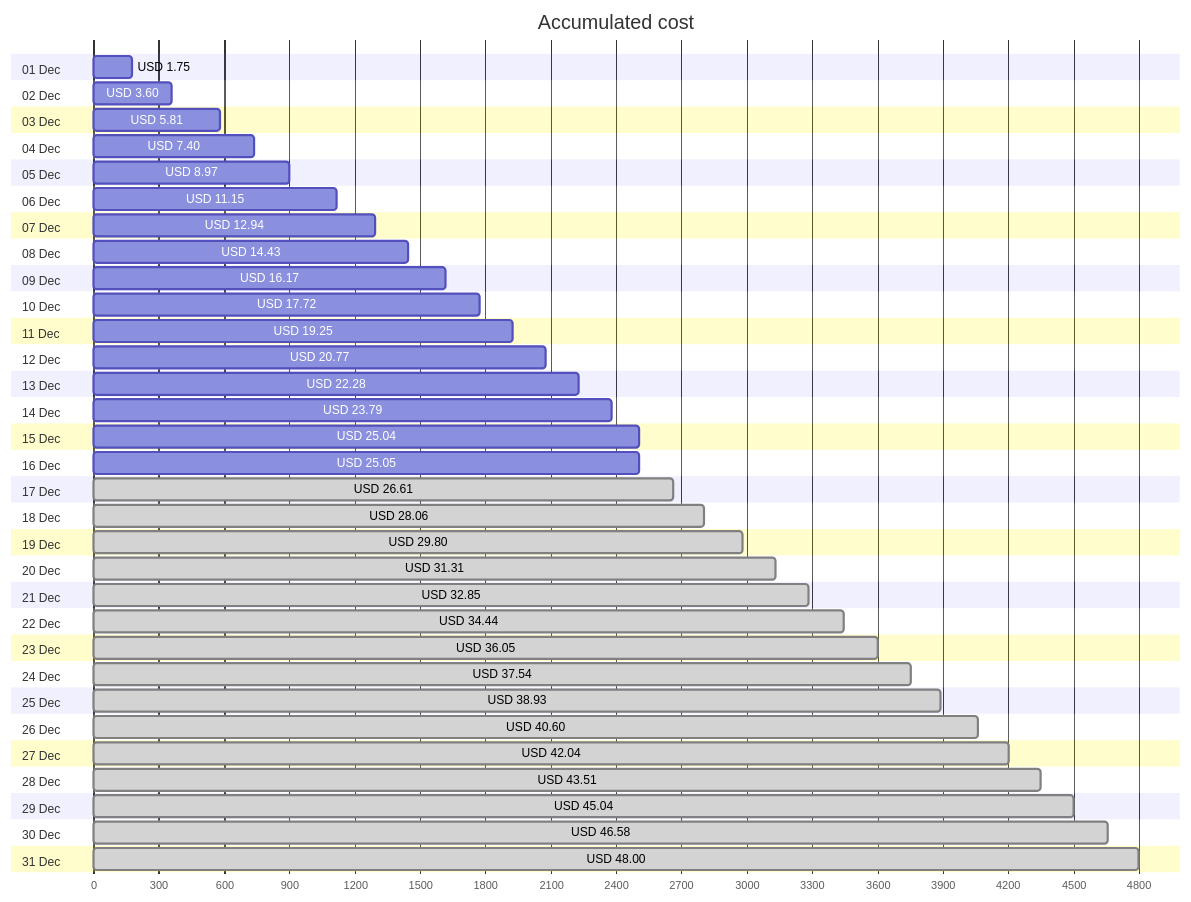
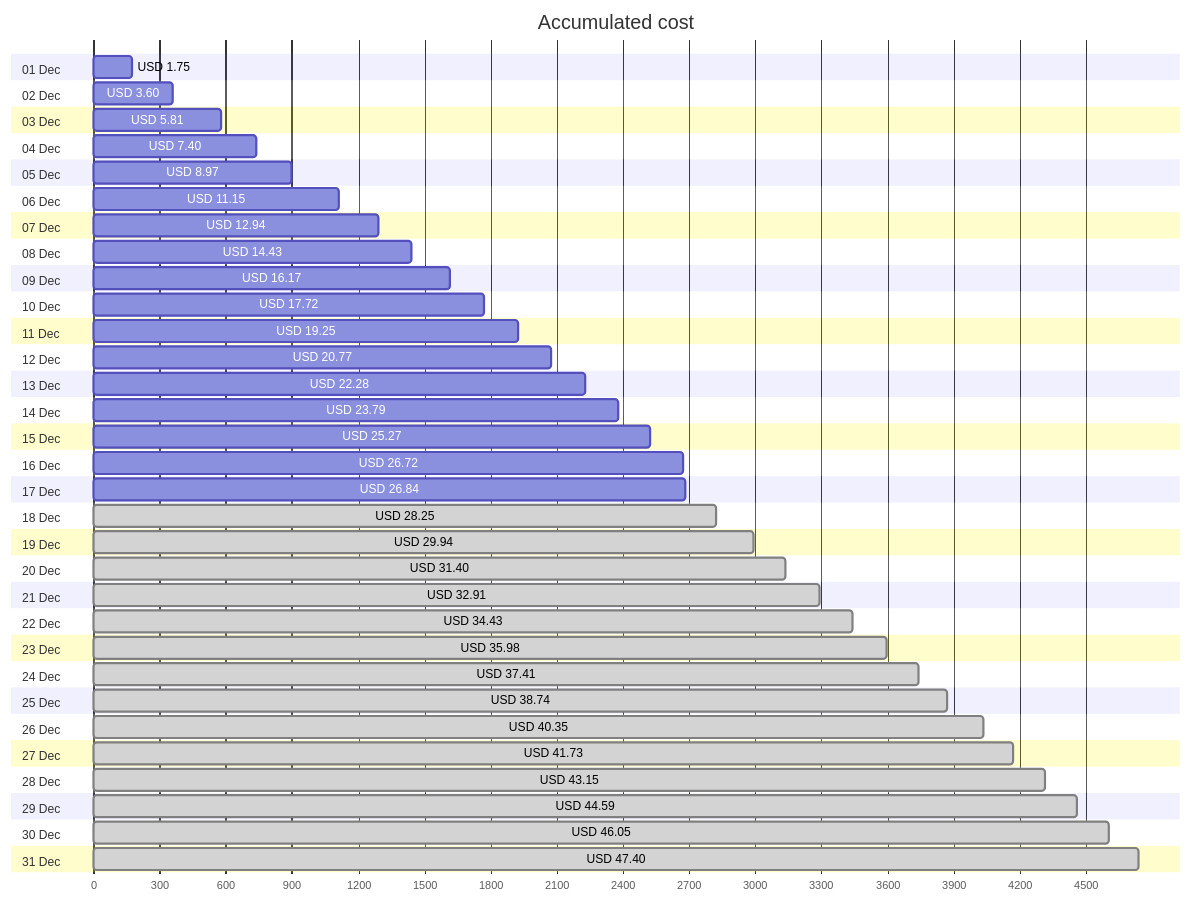
The first of 4 diagrams in cost-reports/personal-network/README.md (jpfulton/azure-personal-reports), drawn with Mermaid before and after one commit. The commit also changed other lines of this file and 8 other files, not shown here.

````diff
--- a/cost-reports/personal-network/README.md
+++ b/cost-reports/personal-network/README.md
@@ -20,68 +20,68 @@
 ```mermaid
 gantt
    title Accumulated cost
    dateFormat  X
    axisFormat %s
    section 01 Dec
    USD 1.75 :0, 175
    section 02 Dec
    USD 3.60 :0, 360
    section 03 Dec
    USD 5.81 :0, 581
    section 04 Dec
    USD 7.40 :0, 740
    section 05 Dec
    USD 8.97 :0, 897
    section 06 Dec
    USD 11.15 :0, 1115
    section 07 Dec
    USD 12.94 :0, 1294
    section 08 Dec
    USD 14.43 :0, 1443
    section 09 Dec
    USD 16.17 :0, 1617
    section 10 Dec
    USD 17.72 :0, 1772
    section 11 Dec
    USD 19.25 :0, 1925
    section 12 Dec
    USD 20.77 :0, 2077
    section 13 Dec
    USD 22.28 :0, 2228
    section 14 Dec
    USD 23.79 :0, 2379
    section 15 Dec
-   USD 25.04 :0, 2504
+   USD 25.27 :0, 2527
    section 16 Dec
-   USD 25.05 :0, 2505
+   USD 26.72 :0, 2672
    section 17 Dec
-   USD 26.61 : done, 0, 2661
+   USD 26.84 :0, 2684
    section 18 Dec
-   USD 28.06 : done, 0, 2806
+   USD 28.25 : done, 0, 2825
    section 19 Dec
-   USD 29.80 : done, 0, 2980
+   USD 29.94 : done, 0, 2994
    section 20 Dec
-   USD 31.31 : done, 0, 3131
+   USD 31.40 : done, 0, 3140
    section 21 Dec
-   USD 32.85 : done, 0, 3285
+   USD 32.91 : done, 0, 3291
    section 22 Dec
-   USD 34.44 : done, 0, 3444
+   USD 34.43 : done, 0, 3443
    section 23 Dec
-   USD 36.05 : done, 0, 3605
+   USD 35.98 : done, 0, 3598
    section 24 Dec
-   USD 37.54 : done, 0, 3754
+   USD 37.41 : done, 0, 3741
    section 25 Dec
-   USD 38.93 : done, 0, 3893
+   USD 38.74 : done, 0, 3874
    section 26 Dec
-   USD 40.60 : done, 0, 4060
+   USD 40.35 : done, 0, 4035
    section 27 Dec
-   USD 42.04 : done, 0, 4204
+   USD 41.73 : done, 0, 4173
    section 28 Dec
-   USD 43.51 : done, 0, 4351
+   USD 43.15 : done, 0, 4315
    section 29 Dec
-   USD 45.04 : done, 0, 4504
+   USD 44.59 : done, 0, 4459
    section 30 Dec
-   USD 46.58 : done, 0, 4658
+   USD 46.05 : done, 0, 4605
    section 31 Dec
-   USD 48.00 : done, 0, 4800
+   USD 47.40 : done, 0, 4740
 ```
````
